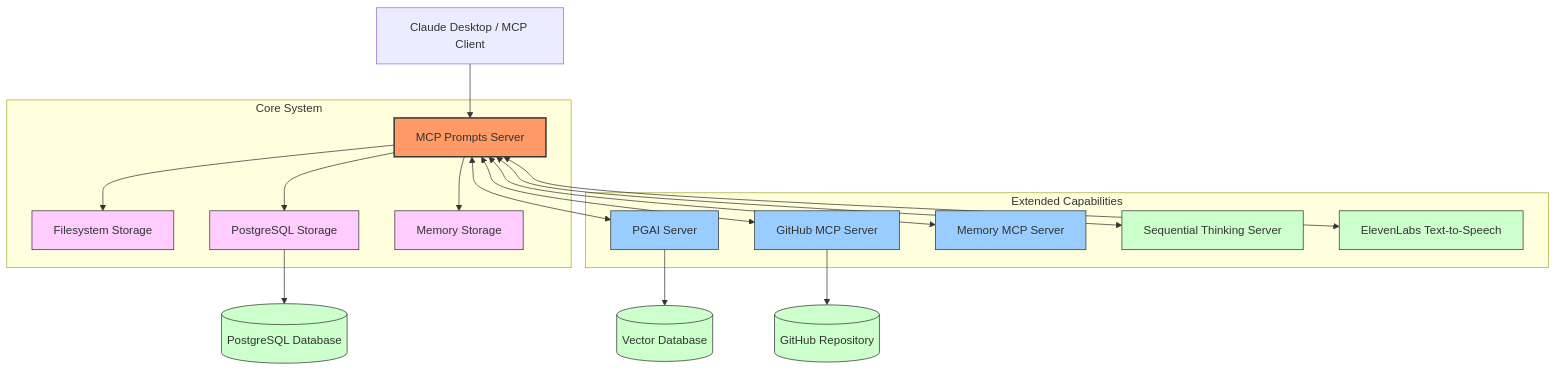
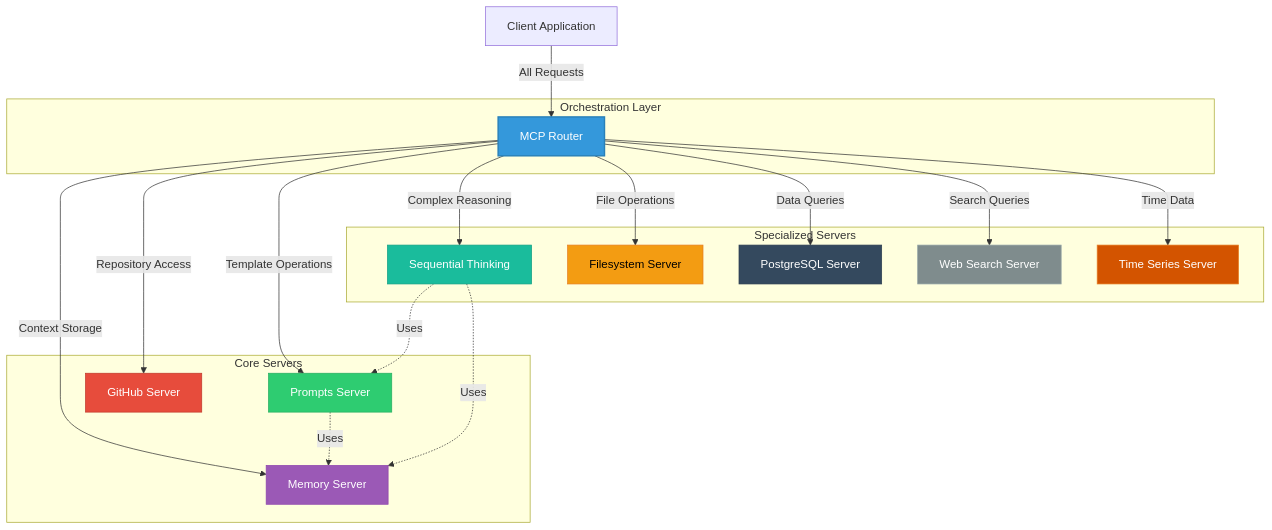
Before and after one commit to tjks111/mcp-prompt: the third of 18 diagrams in README.md, drawn with Mermaid. The commit also changed other lines of this file and 4 other files, not shown here.

Commit message:
feat: add Mermaid diagrams and advanced prompt templates for MCP integration

````diff
--- a/README.md
+++ b/README.md
@@ -551,43 +623,47 @@
 ```mermaid
-graph TD
-    classDef primary fill:#f96,stroke:#333,stroke-width:2px
-    classDef secondary fill:#9cf,stroke:#333,stroke-width:1px
-    classDef storage fill:#fcf,stroke:#333,stroke-width:1px
-    classDef external fill:#cfc,stroke:#333,stroke-width:1px
-
-    Client[Claude Desktop / MCP Client] --> MCP[MCP Prompts Server]
-    MCP:::primary
-
-    %% Storage Options
-    MCP --> FS[Filesystem Storage]:::storage
-    MCP --> PG[PostgreSQL Storage]:::storage
-    MCP --> MEM[Memory Storage]:::storage
-
-    %% Supporting MCP Servers
-    MCP <--> PGAI[PGAI Server]:::secondary
-    MCP <--> Github[GitHub MCP Server]:::secondary
-    MCP <--> Memory[Memory MCP Server]:::secondary
-    MCP <--> SeqThink[Sequential Thinking Server]:::external
-    MCP <--> ElevenLabs[ElevenLabs Text-to-Speech]:::external
+graph TB
+    Client[Client Application]
     
-    %% Connections
-    Github --> GH[(GitHub Repository)]:::external
-    PG --> DB[(PostgreSQL Database)]:::external
-    PGAI --> PGAIDb[(Vector Database)]:::external
-
-    %% Labels
-    subgraph "Core System"
-        MCP
-        FS
-        PG
-        MEM
+    subgraph "Orchestration Layer"
+        Router[MCP Router]
     end
     
-    subgraph "Extended Capabilities"
-        PGAI
-        Github
-        Memory
-        SeqThink
-        ElevenLabs
+    subgraph "Core Servers"
+        Prompts[Prompts Server]
+        Memory[Memory Server]
+        GitHub[GitHub Server]
     end
+    
+    subgraph "Specialized Servers"
+        Sequential[Sequential Thinking]
+        FileSystem[Filesystem Server]
+        Postgres[PostgreSQL Server]
+        WebSearch[Web Search Server]
+        TimeSeries[Time Series Server]
+    end
+    
+    Client -->|All Requests| Router
+    
+    Router -->|Template Operations| Prompts
+    Router -->|Context Storage| Memory
+    Router -->|Repository Access| GitHub
+    Router -->|Complex Reasoning| Sequential
+    Router -->|File Operations| FileSystem
+    Router -->|Data Queries| Postgres
+    Router -->|Search Queries| WebSearch
+    Router -->|Time Data| TimeSeries
+    
+    Prompts -.->|Uses| Memory
+    Sequential -.->|Uses| Memory
+    Sequential -.->|Uses| Prompts
+    
+    style Router fill:#3498db,stroke:#2980b9,color:#fff,stroke-width:2px
+    style Prompts fill:#2ecc71,stroke:#27ae60,color:#fff
+    style Memory fill:#9b59b6,stroke:#8e44ad,color:#fff
+    style GitHub fill:#e74c3c,stroke:#c0392b,color:#fff
+    style Sequential fill:#1abc9c,stroke:#16a085,color:#fff
+    style FileSystem fill:#f39c12,stroke:#e67e22,color:#000
+    style Postgres fill:#34495e,stroke:#2c3e50,color:#fff
+    style WebSearch fill:#7f8c8d,stroke:#95a5a6,color:#fff
+    style TimeSeries fill:#d35400,stroke:#e67e22,color:#fff
 ```
````
